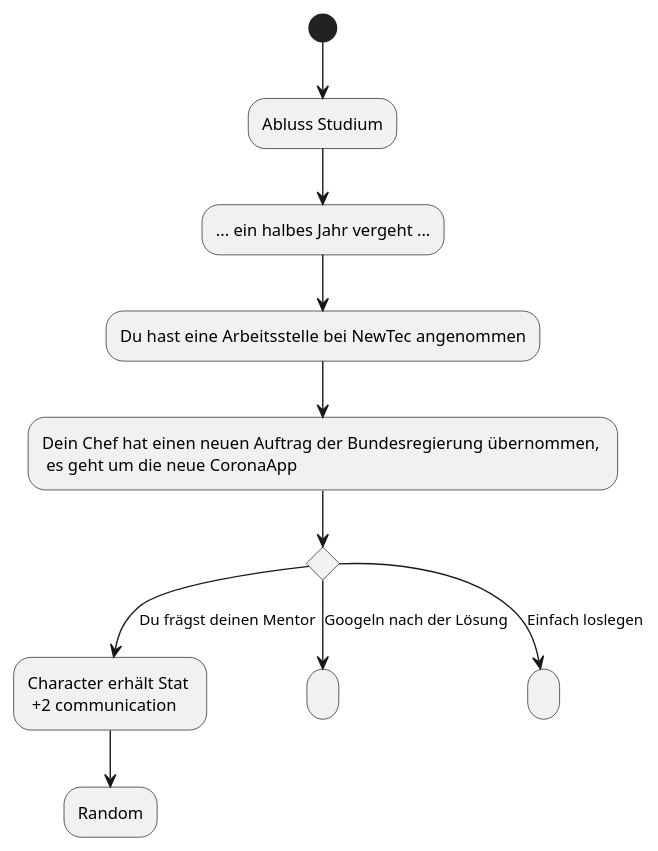
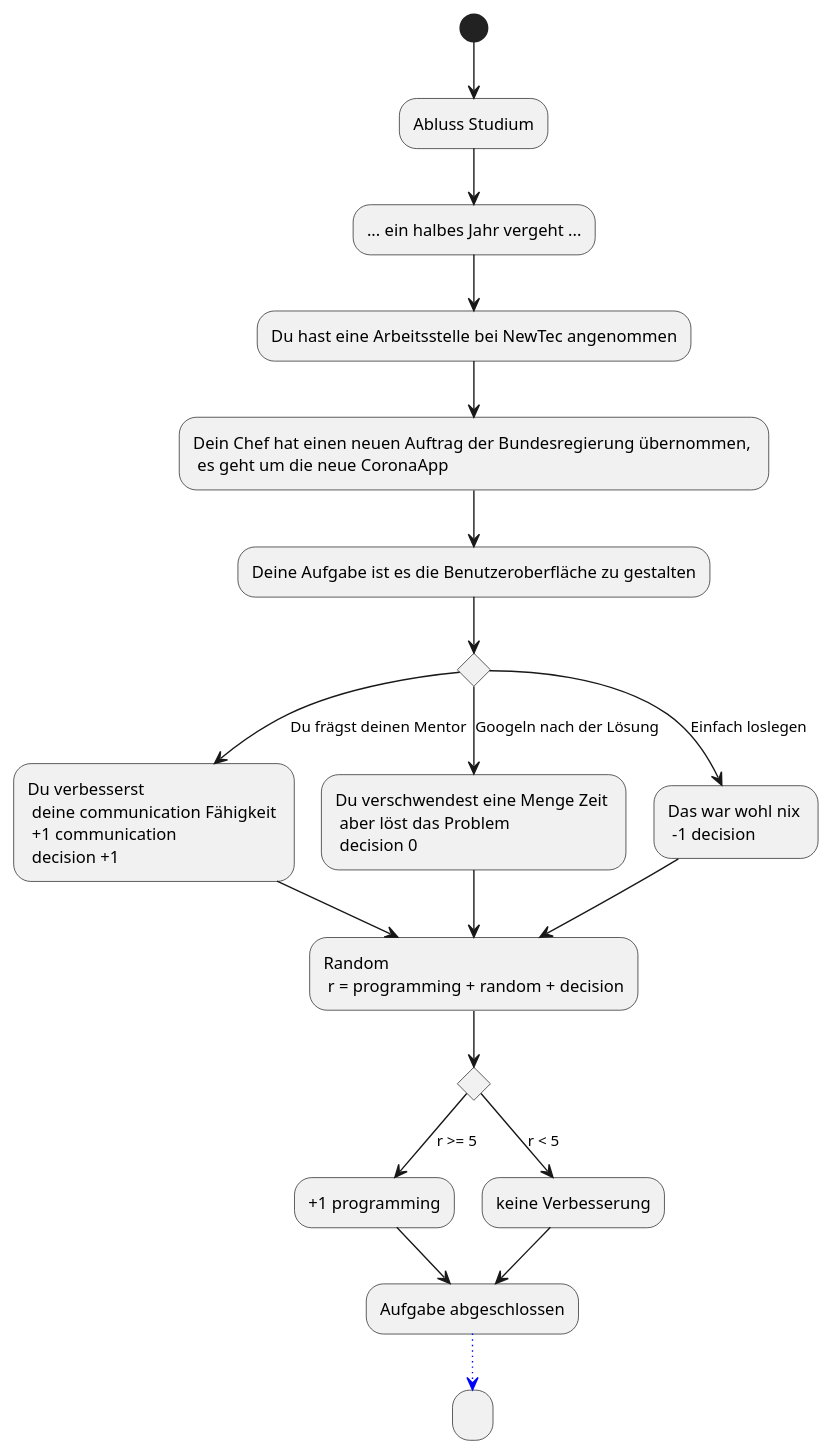
The diagram in Docs/Technical Specifications/docs/diagrams/StoryFlow/StoryFlow_Decision_4.puml (Brotenko/QualityQuest), drawn with PlantUML before and after one commit. The commit also changed 3 other files, not shown here.

Commit message:
StoryFlow diagrams.

```diff
--- a/Docs/Technical Specifications/docs/diagrams/StoryFlow/StoryFlow_Decision_4.puml
+++ b/Docs/Technical Specifications/docs/diagrams/StoryFlow/StoryFlow_Decision_4.puml
@@ -1,25 +1,32 @@
 @startuml
 (*) --> "Abluss Studium" as as
 --> "... ein halbes Jahr vergeht ..."
 --> "Du hast eine Arbeitsstelle bei NewTec angenommen"
 --> "Dein Chef hat einen neuen Auftrag der Bundesregierung übernommen, \n es geht um die neue CoronaApp" as a1
+--> "Deine Aufgabe ist es die Benutzeroberfläche zu gestalten"
 if "" then
---> [Du frägst deinen Mentor] "Character erhält Stat \n +2 communication" as a
+--> [Du frägst deinen Mentor] "Du verbesserst \n deine communication Fähigkeit \n +1 communication \n decision +1" as a
 else
---> [Googeln nach der Lösung] " " as b
+--> [Googeln nach der Lösung] "Du verschwendest eine Menge Zeit \n aber löst das Problem \n decision 0" as b
 else
---> [Einfach loslegen]" " as c
+--> [Einfach loslegen] "Das war wohl nix \n -1 decision" as c
 
-a --> "Random" as r
+a --> "Random \n r = programming + random + decision" as r
+b --> r
+c --> r
+
+if "" then
+--> [r >= 5] "+1 programming" as p1
+else
+--> [r < 5] "keine Verbesserung"
+
+--> "Aufgabe abgeschlossen" as aa
+
+p1 --> aa
 
 
-
-
-
-
-
-'-[#blue,dotted]-> "   "
+-[#blue,dotted]-> "   "
 
 
 
 @enduml
```
